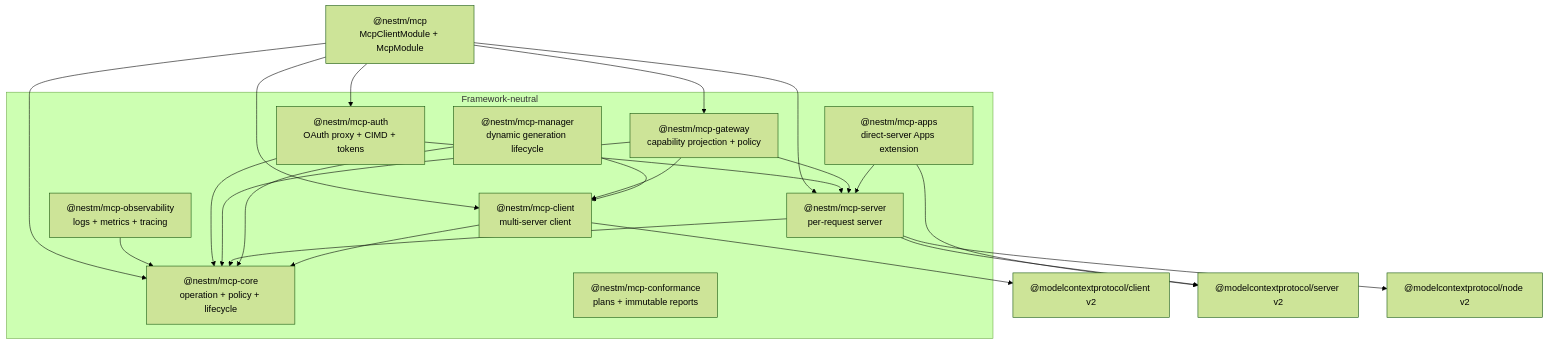
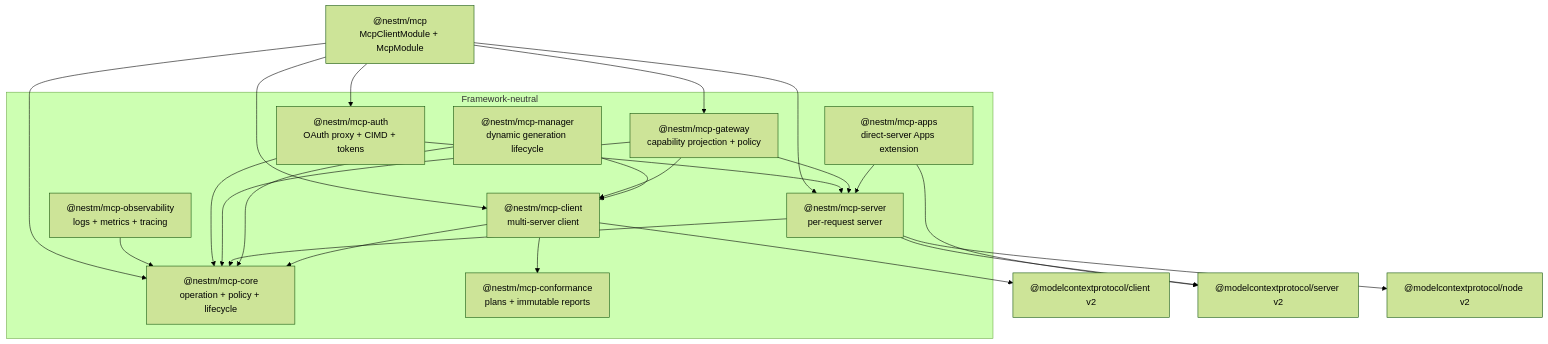
The first of 2 diagrams in docs/architecture.md (nestm-dev/mcp), drawn with Mermaid (forest theme) before and after one commit. The commit also changed other lines of this file and 21 other files, not shown here.

````diff
--- a/docs/architecture.md
+++ b/docs/architecture.md
@@ -16,40 +16,41 @@
 ```mermaid
 flowchart TB
   subgraph Neutral["Framework-neutral"]
     core["@nestm/mcp-core\noperation + policy + lifecycle"]
     client["@nestm/mcp-client\nmulti-server client"]
     manager["@nestm/mcp-manager\ndynamic generation lifecycle"]
     conformance["@nestm/mcp-conformance\nplans + immutable reports"]
     server["@nestm/mcp-server\nper-request server"]
     apps["@nestm/mcp-apps\ndirect-server Apps extension"]
     gateway["@nestm/mcp-gateway\ncapability projection + policy"]
     auth["@nestm/mcp-auth\nOAuth proxy + CIMD + tokens"]
     observability["@nestm/mcp-observability\nlogs + metrics + tracing"]
   end
 
   nest["@nestm/mcp\nMcpClientModule + McpModule"]
   sdkClient["@modelcontextprotocol/client v2"]
   sdkServer["@modelcontextprotocol/server v2"]
   sdkNode["@modelcontextprotocol/node v2"]
 
   client --> core
+  client --> conformance
   client --> sdkClient
   manager --> core
   manager --> client
   server --> core
   server --> sdkServer
   server --> sdkNode
   apps --> server
   apps --> sdkServer
   gateway --> core
   gateway --> client
   gateway --> server
   auth --> core
   auth --> server
   observability --> core
   nest --> core
   nest --> server
   nest --> client
   nest --> gateway
   nest --> auth
 ```
````
